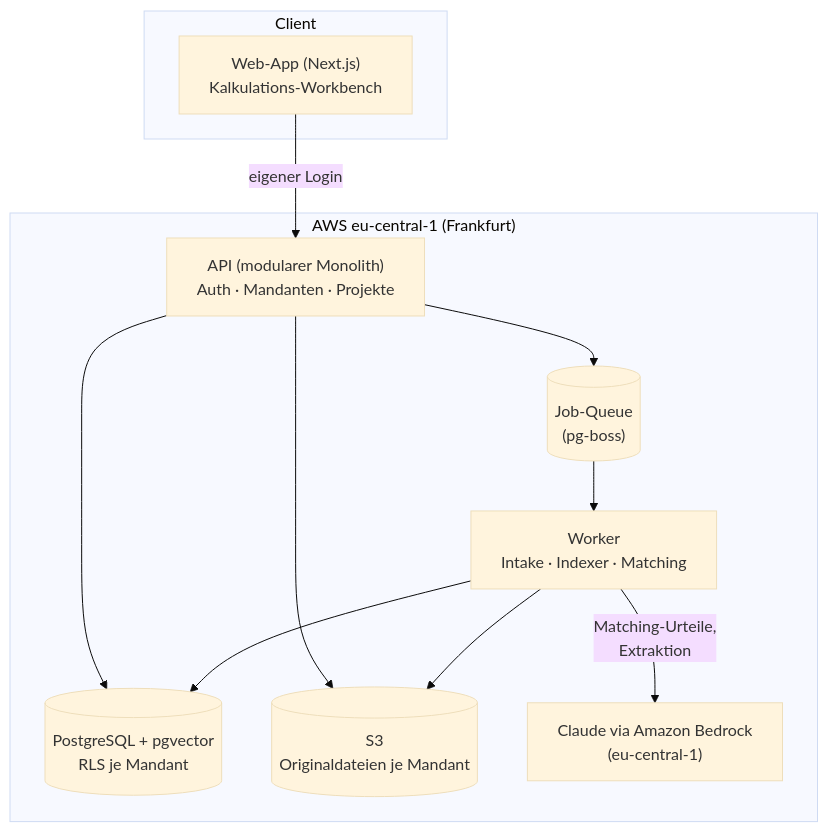
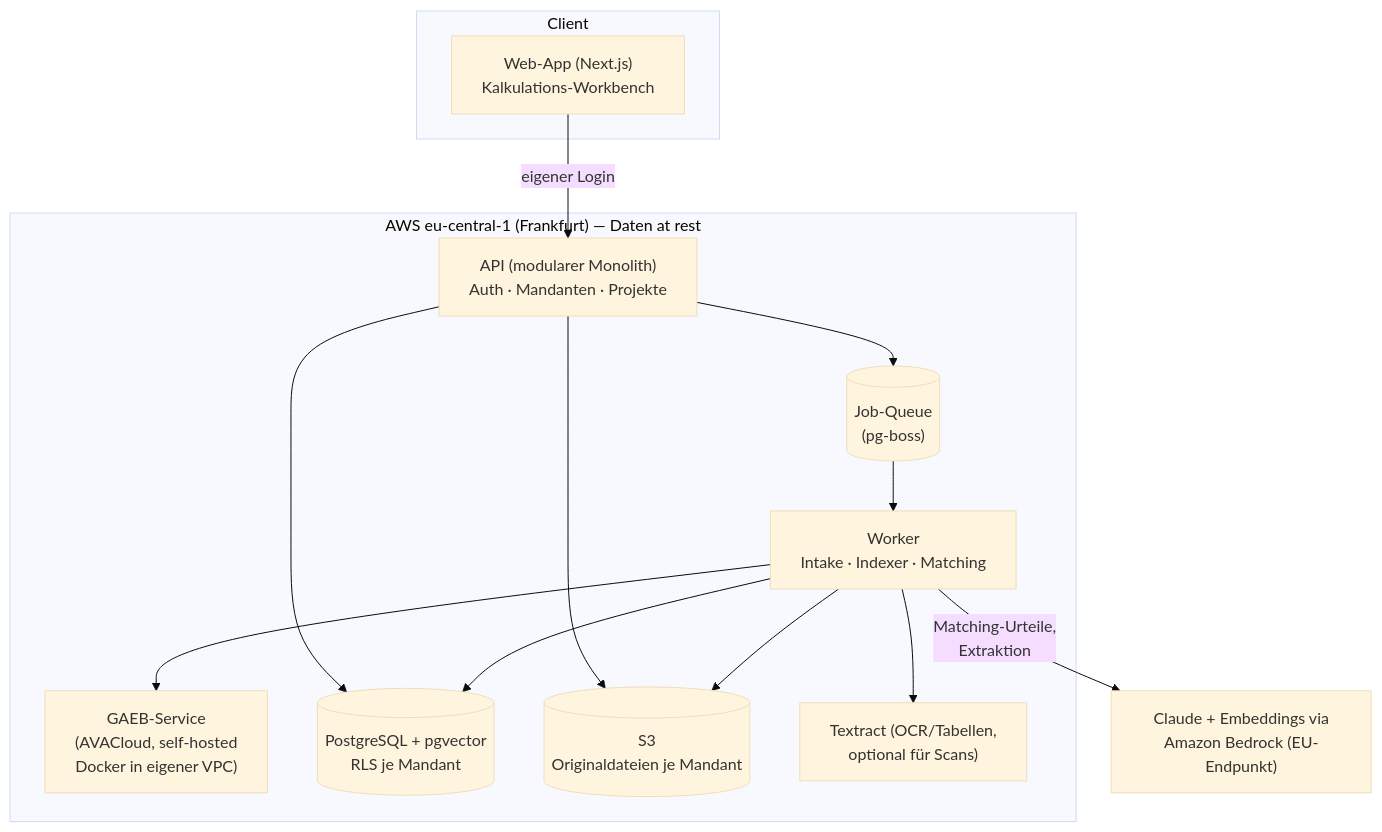
The diagram in docs/strategie/2026-07-24-kalkulations-assistent-architektur.md (Tomadm21/cowork-marketplace), drawn with Mermaid (base theme) before and after one commit. The commit also changed other lines of this file and 1 other file, not shown here.

````diff
--- a/docs/strategie/2026-07-24-kalkulations-assistent-architektur.md
+++ b/docs/strategie/2026-07-24-kalkulations-assistent-architektur.md
@@ -91,22 +97,26 @@
 ```mermaid
 flowchart TB
     subgraph Client
         UI["Web-App (Next.js)\nKalkulations-Workbench"]
     end
-    subgraph AWS["AWS eu-central-1 (Frankfurt)"]
+    subgraph AWS["AWS eu-central-1 (Frankfurt) — Daten at rest"]
         API["API (modularer Monolith)\nAuth · Mandanten · Projekte"]
         Q[("Job-Queue\n(pg-boss)")]
         W["Worker\nIntake · Indexer · Matching"]
+        GAEB["GAEB-Service\n(AVACloud, self-hosted\nDocker in eigener VPC)"]
         PG[("PostgreSQL + pgvector\nRLS je Mandant")]
         S3[("S3\nOriginaldateien je Mandant")]
-        BR["Claude via Amazon Bedrock\n(eu-central-1)"]
+        TX["Textract (OCR/Tabellen,\noptional für Scans)"]
     end
+    BR["Claude + Embeddings via\nAmazon Bedrock (EU-Endpunkt)"]
     UI -->|eigener Login| API
     API --> PG
     API --> S3
     API --> Q
     Q --> W
+    W --> GAEB
     W --> PG
     W --> S3
+    W --> TX
     W -->|Matching-Urteile,\nExtraktion| BR
 ```
````
